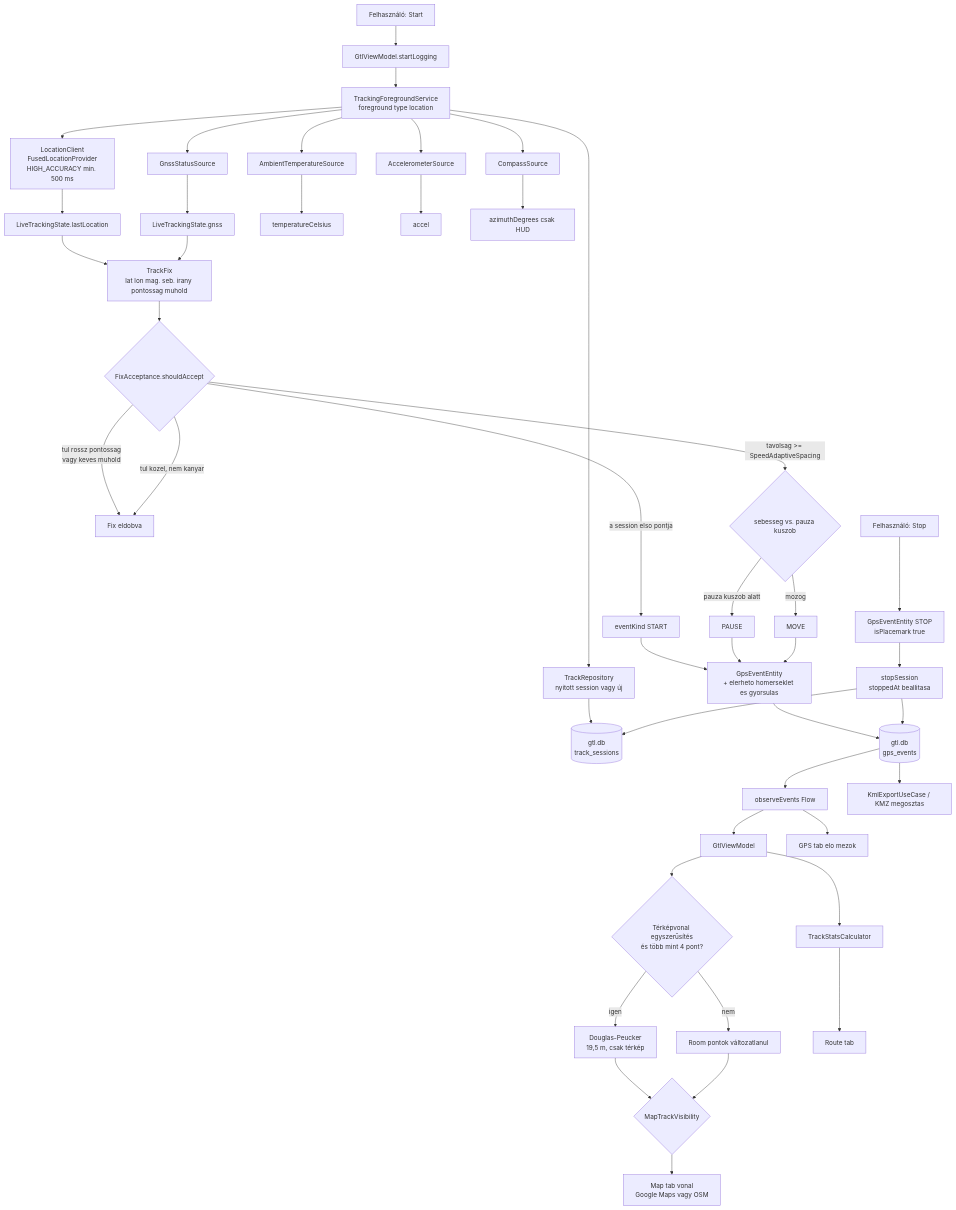
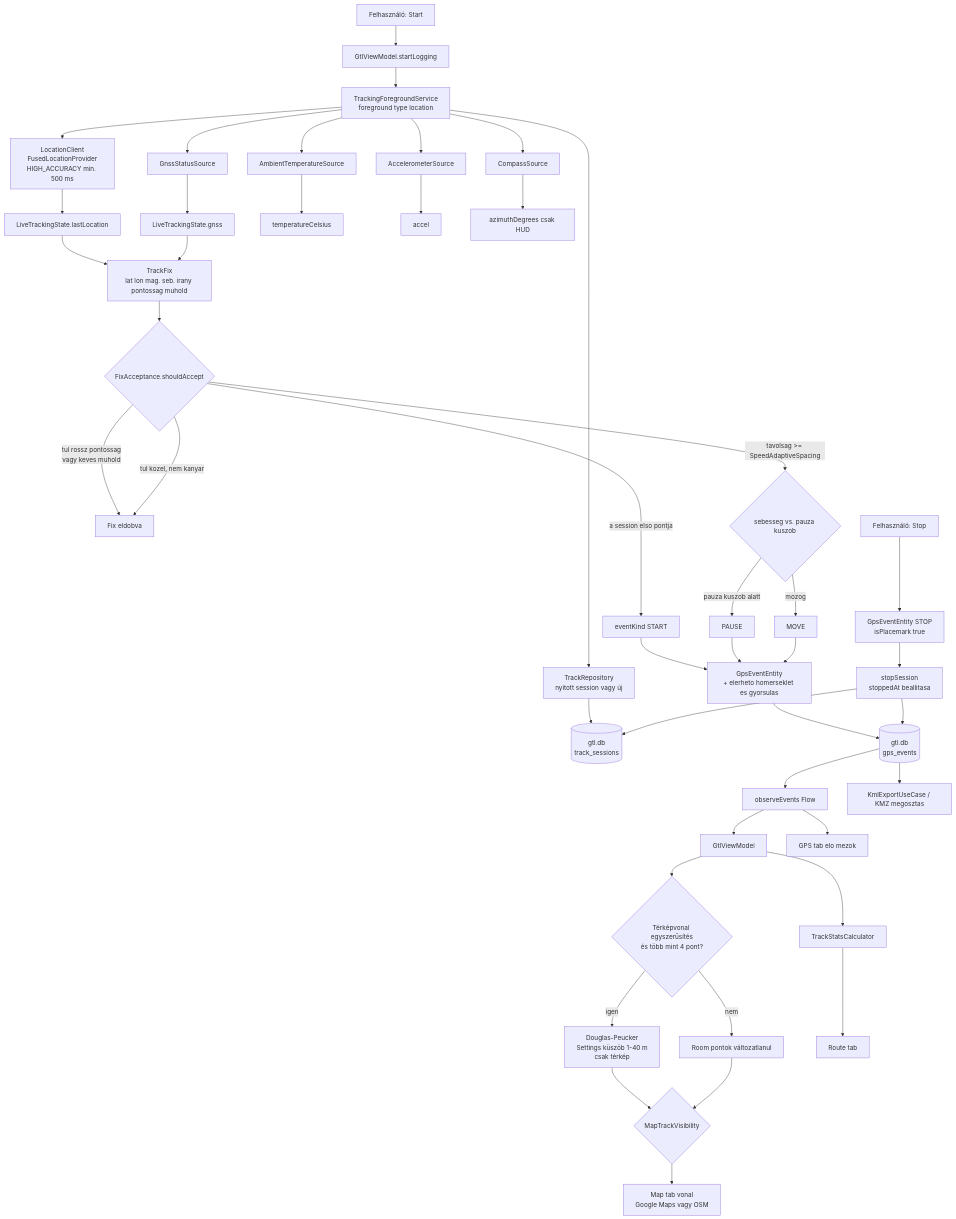
One commit to lkovari/gtl changed the diagram in docs/GPSDATAFLOW-hu.md. Above: the diagram before and after it, drawn with Mermaid. The commit also changed other lines of this file and 10 other files, not shown here.

````diff
--- a/docs/GPSDATAFLOW-hu.md
+++ b/docs/GPSDATAFLOW-hu.md
@@ -5,55 +5,55 @@
 ```mermaid
 flowchart TD
     User["Felhasználó: Start"] --> VM["GtlViewModel.startLogging"]
     VM --> FGS["TrackingForegroundService<br/>foreground type location"]
     FGS --> Sess["TrackRepository<br/>nyitott session vagy új"]
     Sess --> DBSess[("gtl.db<br/>track_sessions")]
 
     FGS --> Loc["LocationClient<br/>FusedLocationProvider<br/>HIGH_ACCURACY min. 500 ms"]
     FGS --> Gnss["GnssStatusSource"]
     FGS --> Temp["AmbientTemperatureSource"]
     FGS --> Acc["AccelerometerSource"]
     FGS --> Comp["CompassSource"]
 
     Loc --> LiveLoc["LiveTrackingState.lastLocation"]
     Gnss --> LiveGnss["LiveTrackingState.gnss"]
     Temp --> LiveTemp["temperatureCelsius"]
     Acc --> LiveAcc["accel"]
     Comp --> LiveAz["azimuthDegrees csak HUD"]
 
     LiveLoc --> Fix["TrackFix<br/>lat lon mag. seb. irany pontossag muhold"]
     LiveGnss --> Fix
     Fix --> Gate{"FixAcceptance.shouldAccept"}
 
     Gate -->|"tul rossz pontossag<br/>vagy keves muhold"| Drop["Fix eldobva"]
     Gate -->|"a session elso pontja"| KindStart["eventKind START"]
     Gate -->|"tavolsag >= SpeedAdaptiveSpacing"| KindMove{"sebesseg vs. pauza kuszob"}
     Gate -->|"tul kozel, nem kanyar"| Drop
 
     KindMove -->|"pauza kuszob alatt"| KindPause["PAUSE"]
     KindMove -->|"mozog"| KindGo["MOVE"]
 
     KindStart --> Row["GpsEventEntity<br/>+ elerheto homerseklet es gyorsulas"]
     KindPause --> Row
     KindGo --> Row
 
     UserStop["Felhasználó: Stop"] --> StopRow["GpsEventEntity STOP<br/>isPlacemark true"]
     StopRow --> Close["stopSession<br/>stoppedAt beallitasa"]
 
     Row --> DBevt[("gtl.db<br/>gps_events")]
     Close --> DBevt
     Close --> DBSess
 
     DBevt --> Observe["observeEvents Flow"]
     Observe --> VM2["GtlViewModel"]
     VM2 --> Stats["TrackStatsCalculator"]
     VM2 --> Display{"Térképvonal egyszerűsítés<br/>és több mint 4 pont?"}
-    Display -->|"igen"| Simpl["Douglas-Peucker<br/>19,5 m, csak térkép"]
+    Display -->|"igen"| Simpl["Douglas-Peucker<br/>Settings küszöb 1-40 m<br/>csak térkép"]
     Display -->|"nem"| RawPts["Room pontok változatlanul"]
     Simpl --> Vis{"MapTrackVisibility"}
     RawPts --> Vis
     Vis --> Map["Map tab vonal<br/>Google Maps vagy OSM"]
     Stats --> Route["Route tab"]
     Observe --> GPSUI["GPS tab elo mezok"]
     DBevt --> KMZ["KmlExportUseCase / KMZ megosztas"]
 ```
````
